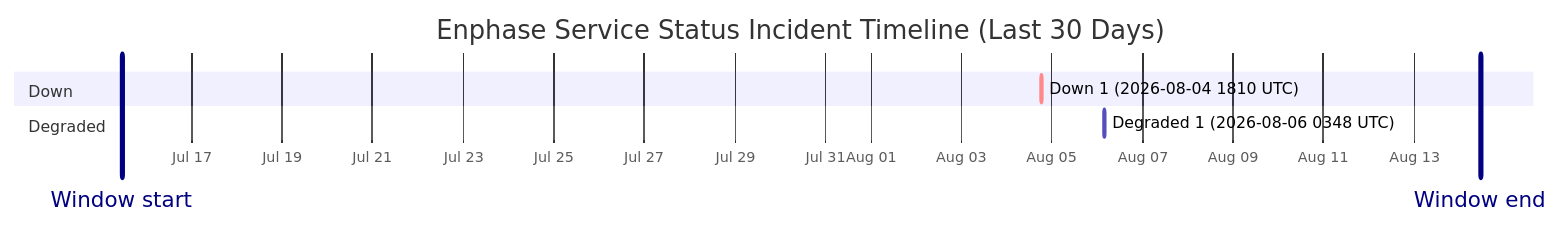
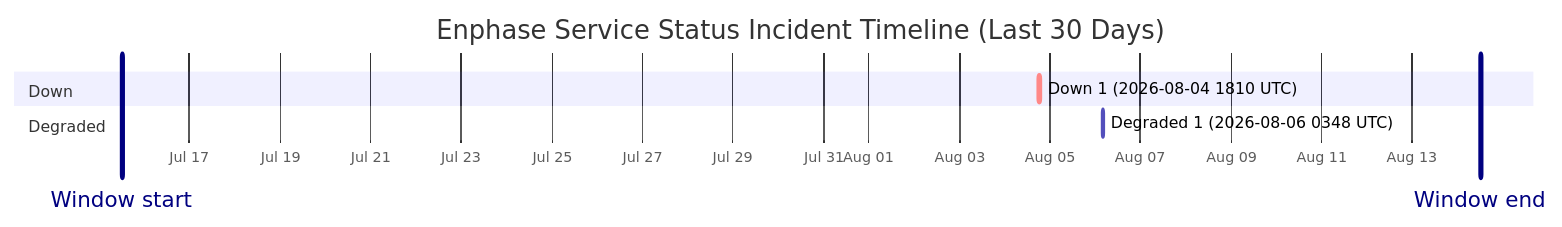
One commit to barneyonline/ha-enphase-energy changed the diagram in wiki/Service-Status-History.md. Above: the diagram before and after it, drawn with Mermaid. The commit also changed other lines of this file and 3 other files, not shown here.

````diff
--- a/wiki/Service-Status-History.md
+++ b/wiki/Service-Status-History.md
@@ -14,12 +14,12 @@
 ```mermaid
 gantt
     title Enphase Service Status Incident Timeline (Last 30 Days)
     dateFormat  YYYY-MM-DDTHH:mm:ss
     axisFormat  %b %d
-    Window start :vert, window-start, 2026-07-15T11:02:36, 0ms
-    Window end :vert, window-end, 2026-08-14T11:02:36, 0ms
+    Window start :vert, window-start, 2026-07-15T12:06:52, 0ms
+    Window end :vert, window-end, 2026-08-14T12:06:52, 0ms
     section Down
     Down 1 (2026-08-04 1810 UTC) :crit, down-1, 2026-08-04T18:10:46, 60m
     section Degraded
     Degraded 1 (2026-08-06 0348 UTC) :active, degraded-1, 2026-08-06T03:48:14, 60m
 ```
````
